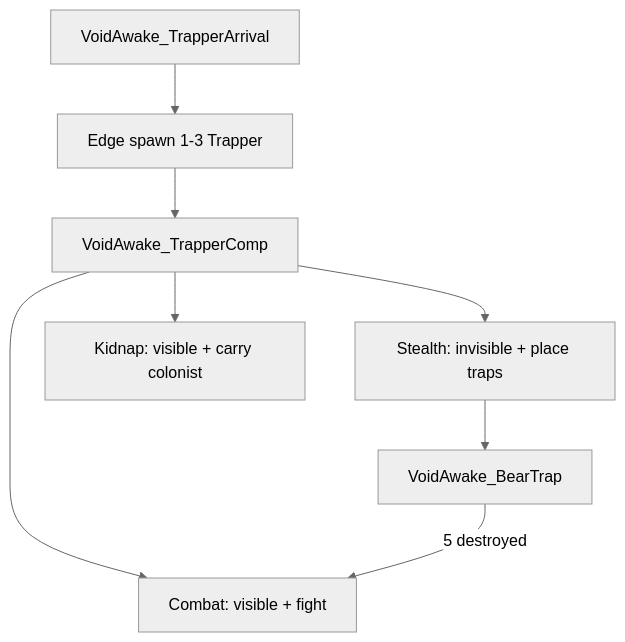
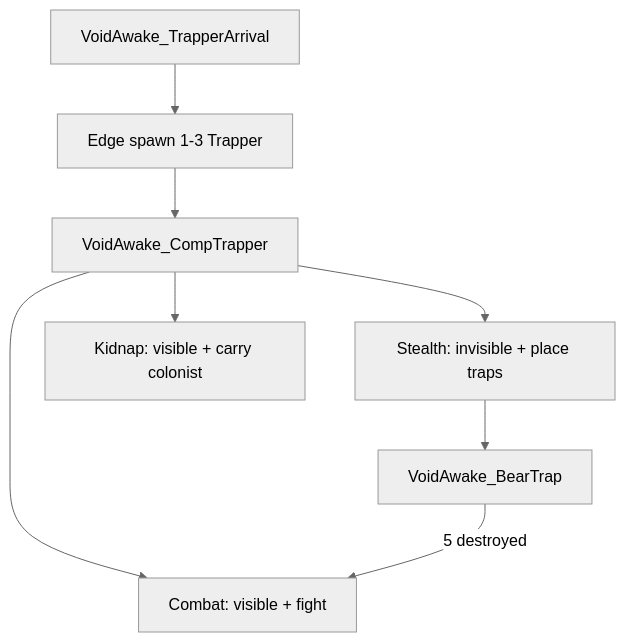
One commit to WlLL1204/VoidAwake changed the first of 5 diagrams in Docs/Trapper.md. Above: the diagram before and after it, drawn with Mermaid (neutral theme). The commit also changed other lines of this file and 354 other files, not shown here.

````diff
--- a/Docs/Trapper.md
+++ b/Docs/Trapper.md
@@ -14,17 +14,17 @@
 ```mermaid
 flowchart TB
   Incident[VoidAwake_TrapperArrival]
   Spawn[Edge spawn 1-3 Trapper]
-  Comp[VoidAwake_TrapperComp]
+  Comp[VoidAwake_CompTrapper]
   Stealth[Stealth: invisible + place traps]
   Kidnap[Kidnap: visible + carry colonist]
   Combat[Combat: visible + fight]
   Trap[VoidAwake_BearTrap]
 
   Incident --> Spawn --> Comp
   Comp --> Stealth
   Comp --> Kidnap
   Comp --> Combat
   Stealth --> Trap
   Trap -->|5 destroyed| Combat
 ```
````
